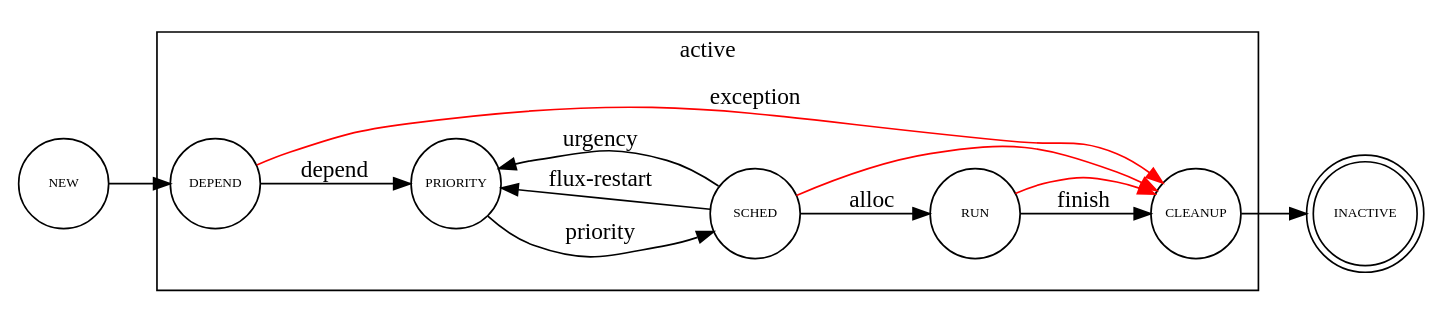
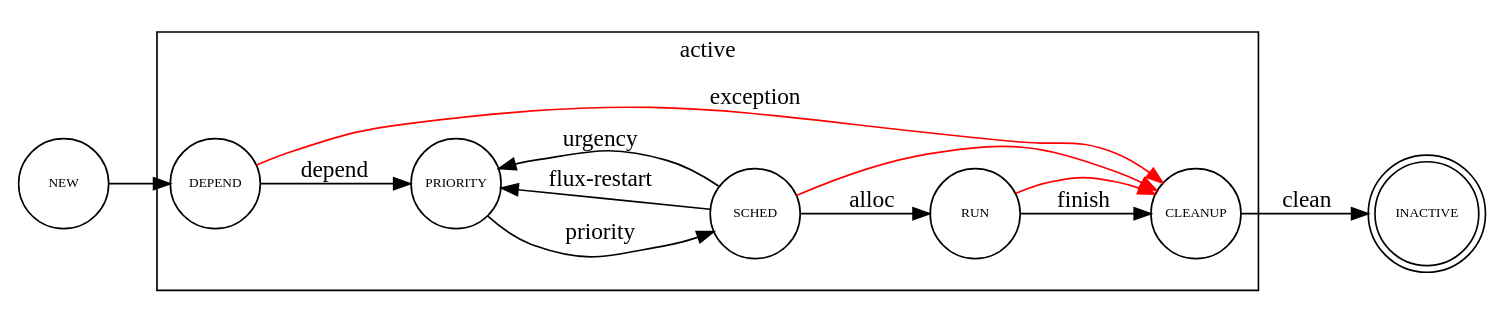
The diagram in data/spec_21/states.dot (flux-framework/rfc), drawn with Graphviz before and after one commit.

Commit message:
rfc21: add missing clean event to state diagram
Problem: state machine diagram depicts CLEANUP->INACTIVE
transition without a labeled edge.

ADd "clean" label to edge.

```diff
--- a/data/spec_21/states.dot
+++ b/data/spec_21/states.dot
@@ -1,34 +1,34 @@
 digraph states {
     rankdir=LR
 
 #size="8,5"
 
     node [shape=doublecircle fontsize=8 fixsize=shape width=0.75]; INACTIVE
 
     node [shape=circle fontsize=8 fixedsize=shape width=0.75];
 
     subgraph cluster_main {
         label = "active";
         DEPEND;
         PRIORITY;
         SCHED;
         RUN;
         CLEANUP;
     }
 
     NEW -> DEPEND;
     DEPEND -> PRIORITY [label="depend"];
     PRIORITY -> SCHED [label="priority"];
     SCHED -> RUN [label="alloc"];
     RUN -> CLEANUP [label="finish"];
-    CLEANUP -> INACTIVE;
+    CLEANUP -> INACTIVE [label="clean"];
 
     SCHED -> PRIORITY [label="flux-restart"]
     SCHED -> PRIORITY [label="urgency"]
 
     edge [weight=0 color="red"];
 
     DEPEND -> CLEANUP [label="exception"];
     SCHED -> CLEANUP;
     RUN -> CLEANUP;
 }
```
